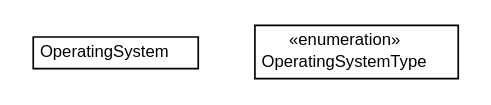
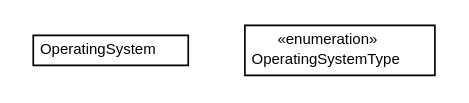
One commit to ericpinet/ConnectLife changed the diagram in javadoc/coreserver/com/connectlife/coreserver/tools/os/com.connectlife.coreserver.tools.os.dot. Above: the diagram before and after it, drawn with Graphviz. The commit also changed 432 other files, not shown here.

```diff
--- a/javadoc/coreserver/com/connectlife/coreserver/tools/os/com.connectlife.coreserver.tools.os.dot
+++ b/javadoc/coreserver/com/connectlife/coreserver/tools/os/com.connectlife.coreserver.tools.os.dot
@@ -1,25 +1,25 @@
 #!/usr/local/bin/dot
 #
 # Class diagram 
 # Generated by UMLGraph version 5.1 (http://www.umlgraph.org/)
 #
 
 digraph G {
 	edge [fontname="Helvetica",fontsize=10,labelfontname="Helvetica",labelfontsize=10];
 	node [fontname="Helvetica",fontsize=10,shape=plaintext];
 	nodesep=0.25;
 	ranksep=0.5;
 	// com.connectlife.coreserver.tools.os.OperatingSystem
 	c84 [label=<<table title="com.connectlife.coreserver.tools.os.OperatingSystem" border="0" cellborder="1" cellspacing="0" cellpadding="2" port="p" href="./OperatingSystem.html">
 		<tr><td><table border="0" cellspacing="0" cellpadding="1">
 <tr><td align="center" balign="center"> OperatingSystem </td></tr>
 		</table></td></tr>
-		</table>>, fontname="Helvetica", fontcolor="black", fontsize=10.0];
+		</table>>, fontname="Helvetica", fontcolor="black", fontsize=9.0];
 	// com.connectlife.coreserver.tools.os.OperatingSystem.OperatingSystemType
 	c85 [label=<<table title="com.connectlife.coreserver.tools.os.OperatingSystem.OperatingSystemType" border="0" cellborder="1" cellspacing="0" cellpadding="2" port="p" href="./OperatingSystem.OperatingSystemType.html">
 		<tr><td><table border="0" cellspacing="0" cellpadding="1">
 <tr><td align="center" balign="center"> &#171;enumeration&#187; </td></tr>
 <tr><td align="center" balign="center"> OperatingSystemType </td></tr>
 		</table></td></tr>
-		</table>>, fontname="Helvetica", fontcolor="black", fontsize=10.0];
+		</table>>, fontname="Helvetica", fontcolor="black", fontsize=9.0];
 }
```
